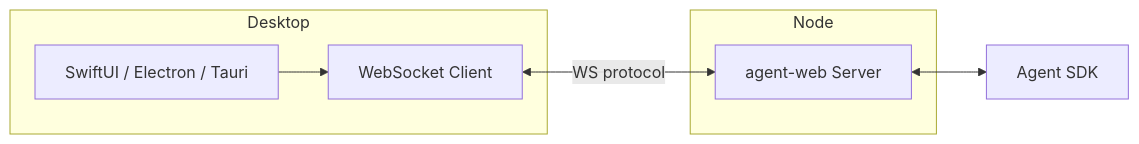
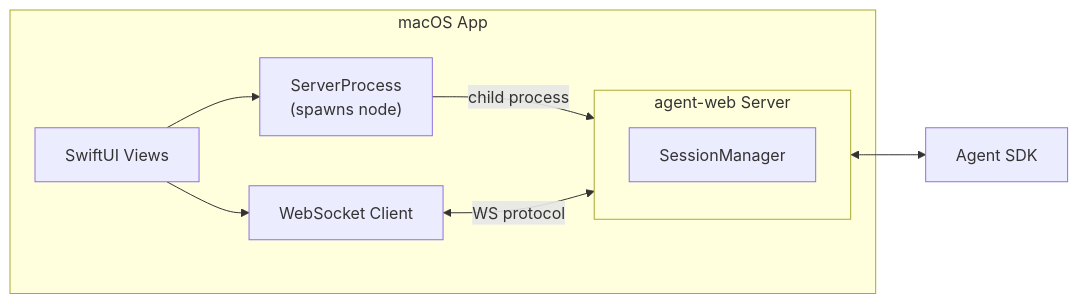
One commit to shayke-cohen/local-agent-web changed the seventh of 8 diagrams in README.md. Above: the diagram before and after it, drawn with Mermaid. The commit also changed other lines of this file and 9 other files, not shown here.

First line of the commit message:
feat: embed server in macOS app, add quickstart web demo

````diff
--- a/README.md
+++ b/README.md
@@ -183,13 +183,16 @@
 ```mermaid
 flowchart LR
-  subgraph Desktop
-    SW["SwiftUI / Electron / Tauri"]
+  subgraph Desktop["macOS App"]
+    SW["SwiftUI Views"]
+    SP["ServerProcess<br/>(spawns node)"]
     WC["WebSocket Client"]
     SW --> WC
+    SW --> SP
+    SP -->|"child process"| AS
   end
-  subgraph Node
-    AS["agent-web Server"]
+  subgraph AS["agent-web Server"]
+    SM["SessionManager"]
   end
   WC <-->|"WS protocol"| AS
   AS <--> SDK["Agent SDK"]
 ```
````
